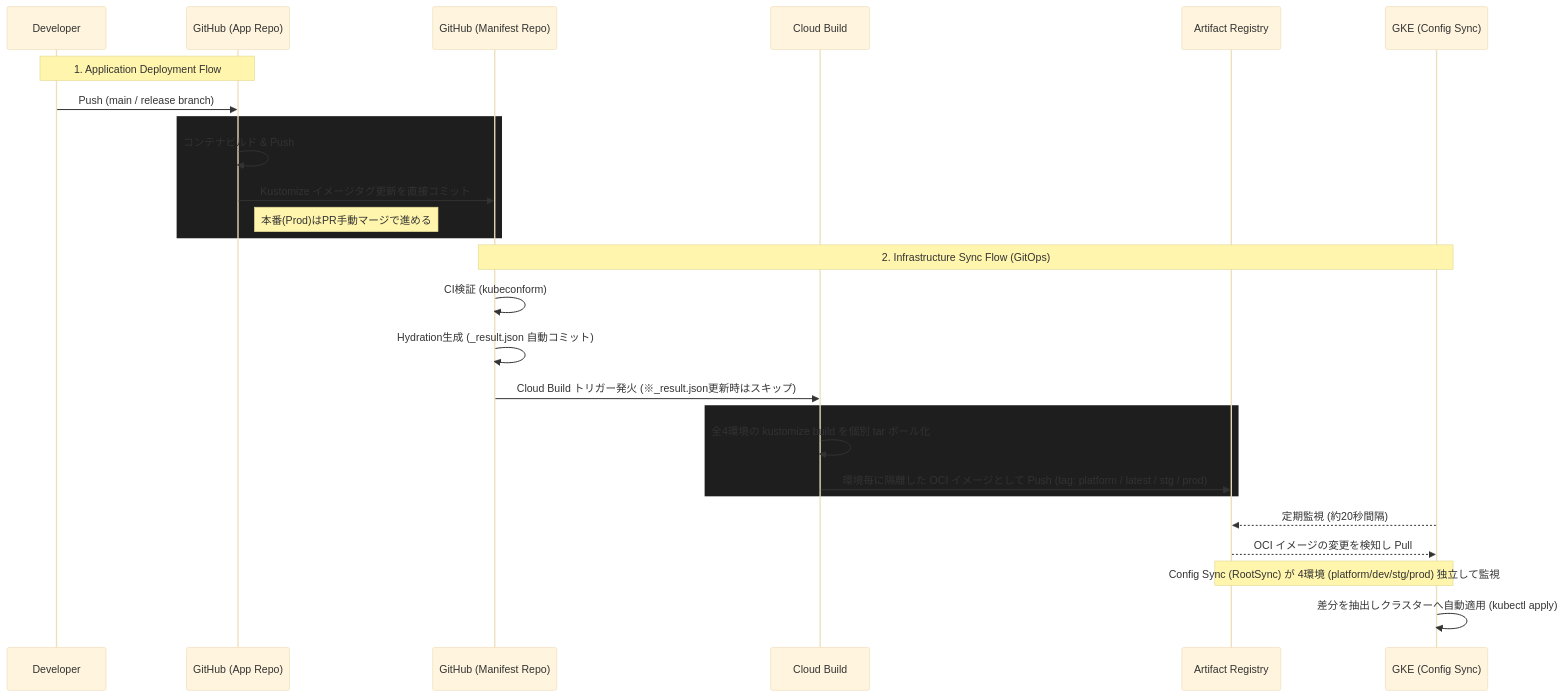
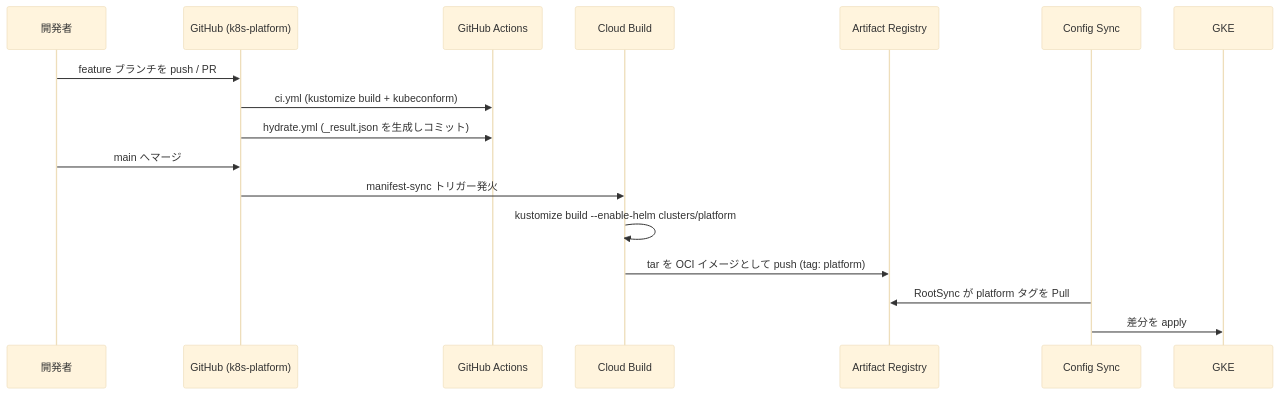
The first of 2 diagrams in docs/DEPLOYMENT_FLOW.md (waxsd100/k8s-platform), drawn with Mermaid (base theme) before and after one commit. The commit also changed other lines of this file and 12 other files, not shown here.

````diff
--- a/docs/DEPLOYMENT_FLOW.md
+++ b/docs/DEPLOYMENT_FLOW.md
@@ -11,34 +12,20 @@
 ```mermaid
 sequenceDiagram
-    participant Dev as Developer
-    participant AppRepo as GitHub (App Repo)
-    participant Manifest as GitHub (Manifest Repo)
+    participant Dev as 開発者
+    participant GH as GitHub (k8s-platform)
+    participant CI as GitHub Actions
     participant CB as Cloud Build
-    participant GAR as Artifact Registry
-    participant GKE as GKE (Config Sync)
+    participant AR as Artifact Registry
+    participant CS as Config Sync
+    participant GKE as GKE
 
-    %% アプリケーションデプロイフロー
-    Note over Dev,AppRepo: 1. Application Deployment Flow
-    Dev->>AppRepo: Push (main / release branch)
-    rect rgb(30, 30, 30)
-        AppRepo->>AppRepo: コンテナビルド & Push
-        AppRepo->>Manifest: Kustomize イメージタグ更新を直接コミット
-        Note right of AppRepo: 本番(Prod)はPR手動マージで進める
-    end
-
-    %% マニフェスト適用フロー
-    Note over Manifest,GKE: 2. Infrastructure Sync Flow (GitOps)
-    Manifest->>Manifest: CI検証 (kubeconform)
-    Manifest->>Manifest: Hydration生成 (_result.json 自動コミット)
-    
-    Manifest->>CB: Cloud Build トリガー発火 (※_result.json更新時はスキップ)
-    rect rgb(30, 30, 30)
-        CB->>CB: 全4環境の kustomize build を個別 tar ボール化
-        CB->>GAR: 環境毎に隔離した OCI イメージとして Push (tag: platform / latest / stg / prod)
-    end
-    
-    GKE-->>GAR: 定期監視 (約20秒間隔)
-    GAR-->>GKE: OCI イメージの変更を検知し Pull
-    Note over GAR,GKE: Config Sync (RootSync) が 4環境 (platform/dev/stg/prod) 独立して監視
-    GKE->>GKE: 差分を抽出しクラスターへ自動適用 (kubectl apply)
+    Dev->>GH: feature ブランチを push / PR
+    GH->>CI: ci.yml (kustomize build + kubeconform)
+    GH->>CI: hydrate.yml (_result.json を生成しコミット)
+    Dev->>GH: main へマージ
+    GH->>CB: manifest-sync トリガー発火
+    CB->>CB: kustomize build --enable-helm clusters/platform
+    CB->>AR: tar を OCI イメージとして push (tag: platform)
+    CS->>AR: RootSync が platform タグを Pull
+    CS->>GKE: 差分を apply
 ```
````
